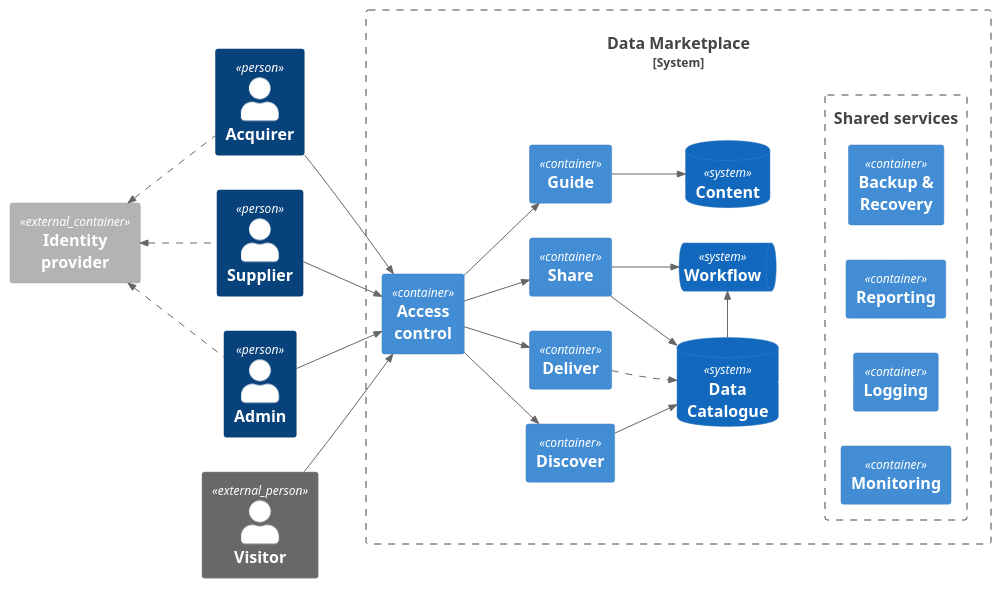
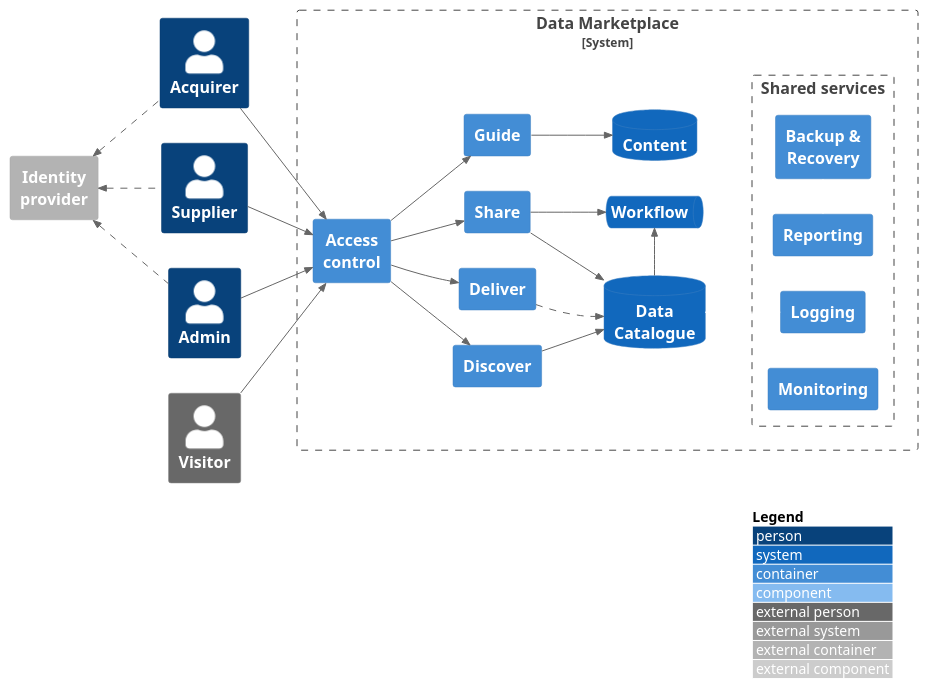
One commit to co-cddo/data-architecture changed the diagram in data-marketplace/dm-c4-container.puml. Above: the diagram before and after it, drawn with PlantUML. The commit also changed 1 other file, not shown here.

Commit message:
Update file(s) "/." from "co-cddo/data-architecture-r"

```diff
--- a/data-marketplace/dm-c4-container.puml
+++ b/data-marketplace/dm-c4-container.puml
@@ -1,62 +1,65 @@
 @startuml dm-c4-container 
 !include <C4/C4_Container>
 !include <C4/C4_Component>
 left to right direction
 
   'title C4 Container diagram for Data Marketplace
   
   AddRelTag("dashed", $lineStyle=DashedLine())
 
-  Person(acquirer, "Acquirer", "")
-  Person(supplier, "Supplier", "")
-  Person(admin, "Admin", "")
+  Person(acquirer, "Acquirer", "", $tags="mvp")
+  Person(supplier, "Supplier", "", $tags="mvp")
+  Person(admin, "Admin", "", $tags="tobe")
 
-  Person_Ext(visitor, "Visitor", "")
+  Person_Ext(visitor, "Visitor", "", $tags="tobe")
 
-  Container_Ext(idp, "Identity\nprovider", "")
+  Container_Ext(idp, "Identity\nprovider", "", $tags="mvp")
 
   System_Boundary(dm, "Data Marketplace") {
   
-    Container(am, "Access\ncontrol", "")
-    Container(discover, "Discover", "")
-    Container(share, "Share", "")
-    Container(deliver, "Deliver", "") 
-    Container(guide, "Guide", "") 
-    SystemDb(catalog, "Data\nCatalogue", "")
-    SystemQueue(workflow, "Workflow")
-    SystemDb(cms, "Content")
+    Container(am, "Access\ncontrol", "", $tags="tobe")
+    Container(discover, "Discover", "", $tags="mvp")
+    Container(share, "Share", "", $tags="mvp")
+    Container(deliver, "Deliver", "", $tags="tobe") 
+    Container(guide, "Guide", "", $tags="tobe") 
+    SystemDb(catalog, "Data\nCatalogue", "", $tags="mvp")
+    SystemQueue(workflow, "Workflow", $tags="tobe")
+    SystemDb(cms, "Content", $tags="tobe")
 
     Boundary(common, "Shared services") {
-      Container(logging, "Logging", "")
-      Container(monitoring, "Monitoring", "")
-      Container(reporting, "Reporting", "")  
-      Container(backup, "Backup &\nRecovery", "")     
+      Container(logging, "Logging", "", $tags="tobe")
+      Container(monitoring, "Monitoring", "", $tags="tobe")
+      Container(reporting, "Reporting", "", $tags="tobe")  
+      Container(backup, "Backup &\nRecovery", "", $tags="tobe")     
     }
     catalog -[#hidden]- logging 
     reporting -[#hidden] backup
   }
 
   Rel_U(supplier, idp, "", $tags="dashed")
   Rel_U(acquirer, idp, "", $tags="dashed")
   Rel_U(admin, idp, "", $tags="dashed")
   
   Rel(supplier, am, "")
   Rel(acquirer, am, "")
   Rel(admin, am, "")
   Rel(visitor, am, "")
 
   Rel(am, discover, "")
   Rel(am, share, "")
   Rel(am, deliver, "")
   Rel(am, guide, "")
 
   Rel(discover, catalog, "")
   Rel(share, catalog, "")
   Rel(deliver, catalog, "", $tags="dashed")
   
   Rel(share, workflow, "")
   Rel_R(catalog, workflow, "")
 
   Rel(guide, cms, "")
-  'LAYOUT_WITH_LEGEND()
+
+  LAYOUT_WITH_LEGEND()
+  'HIDE_STEREOTYPE()
+
 @enduml
```
